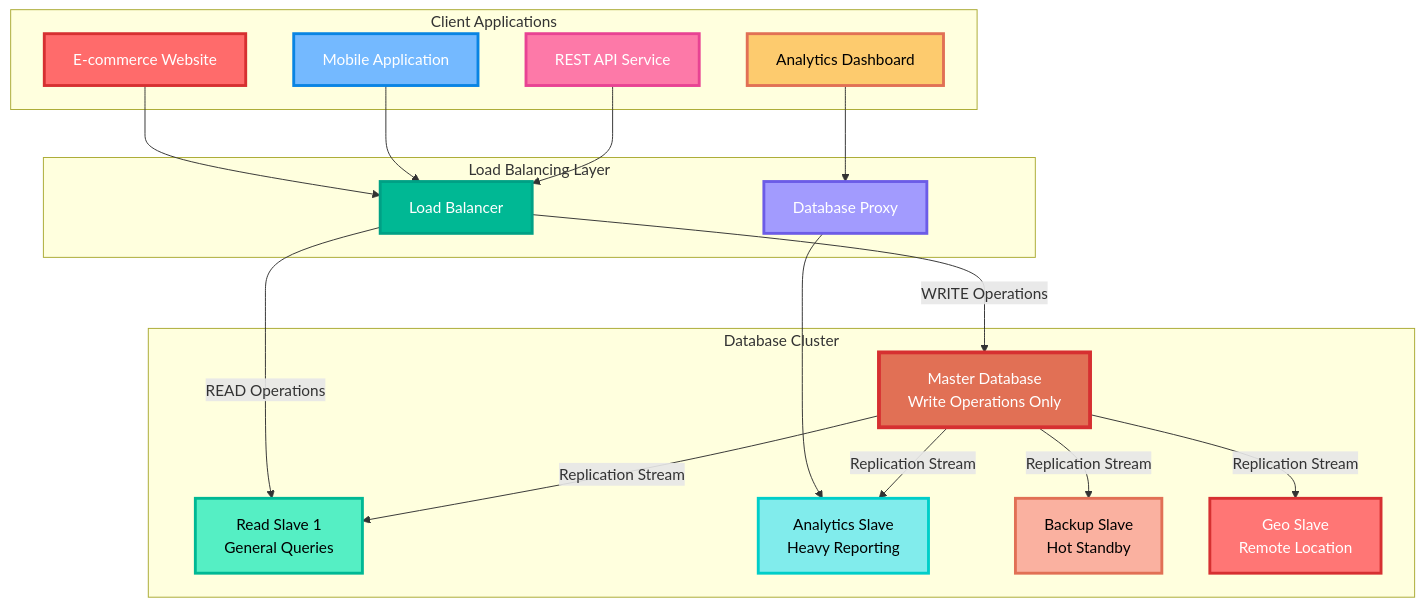
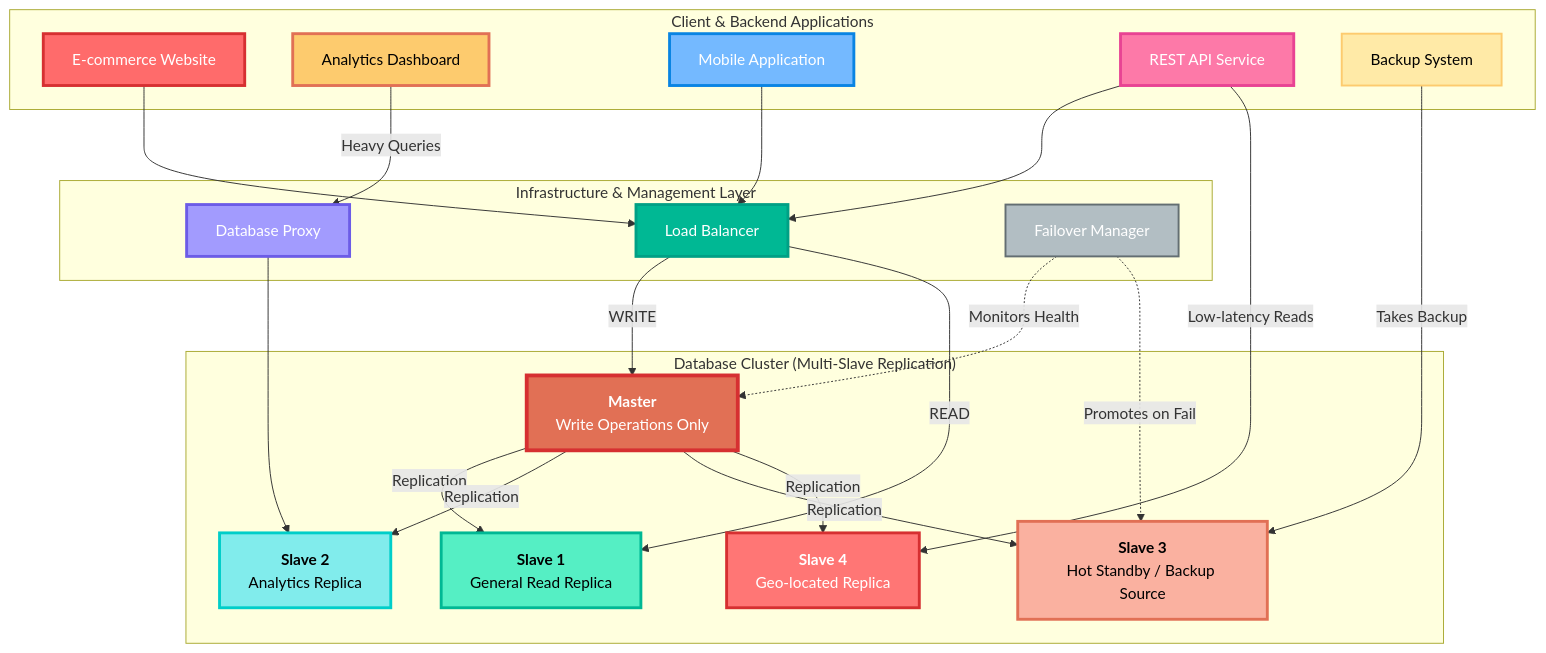
One commit to ngockhanhvd2812/DBA changed the fifth of 7 diagrams in master_slave.md. Above: the diagram before and after it, drawn with Mermaid. The commit also changed other lines of this file, not shown here.

````diff
--- a/master_slave.md
+++ b/master_slave.md
@@ -295,50 +285,60 @@
 ```mermaid
 flowchart TD
-    subgraph "Client Applications"
+    subgraph "Client & Backend Applications"
         WebApp[E-commerce Website]
         Analytics[Analytics Dashboard]
         Mobile[Mobile Application]
         API[REST API Service]
+        BackupSys[Backup System]
     end
     
-    subgraph "Load Balancing Layer"
+    subgraph "Infrastructure & Management Layer"
         LB[Load Balancer]
         Proxy[Database Proxy]
+        FailoverMgr[Failover Manager]
     end
 
-    subgraph "Database Cluster"
-        Master[Master Database<br/>Write Operations Only]
-        Slave1[Read Slave 1<br/>General Queries]
-        Slave2[Analytics Slave<br/>Heavy Reporting]
-        Slave3[Backup Slave<br/>Hot Standby]
-        Slave4[Geo Slave<br/>Remote Location]
+    subgraph "Database Cluster (Multi-Slave Replication)"
+        Master[<b>Master</b><br/>Write Operations Only]
+        Slave1[<b>Slave 1</b><br/>General Read Replica]
+        Slave2[<b>Slave 2</b><br/>Analytics Replica]
+        Slave3[<b>Slave 3</b><br/>Hot Standby / Backup Source]
+        Slave4[<b>Slave 4</b><br/>Geo-located Replica]
     end
 
+    %% --- Client Access & Routing Flow ---
     WebApp --> LB
     Mobile --> LB
     API --> LB
-    Analytics --> Proxy
-    Proxy --> Slave2
+    Analytics -->|Heavy Queries| Proxy --> Slave2
+    API -->|Low-latency Reads| Slave4 
+    BackupSys -->|Takes Backup| Slave3
 
-    LB -->|WRITE Operations| Master
-    LB -->|READ Operations| Slave1
+    %% --- Load Balancer Logic ---
+    LB -->|WRITE| Master
+    LB -->|READ| Slave1
 
-    Master -->|Replication Stream| Slave1
-    Master -->|Replication Stream| Slave2
-    Master -->|Replication Stream| Slave3
-    Master -->|Replication Stream| Slave4
+    %% --- High Availability & Replication Flow ---
+    FailoverMgr -.->| Monitors Health| Master
+    FailoverMgr -.->|Promotes on Fail| Slave3
+    Master -->|Replication| Slave1
+    Master -->|Replication| Slave2
+    Master -->|Replication| Slave3
+    Master -->|Replication| Slave4
 
-    %% Styling với nhiều màu sắc
+    %% --- Styling ---
+    style BackupSys fill:#ffeaa7,stroke:#fdcb6e,stroke-width:2px,color:black
+    style FailoverMgr fill:#b2bec3,stroke:#636e72,stroke-width:2px,color:white
     style WebApp fill:#ff6b6b,stroke:#d63031,stroke-width:3px,color:white
     style Mobile fill:#74b9ff,stroke:#0984e3,stroke-width:3px,color:white
     style API fill:#fd79a8,stroke:#e84393,stroke-width:3px,color:white
     style Analytics fill:#fdcb6e,stroke:#e17055,stroke-width:3px,color:black
     style LB fill:#00b894,stroke:#00a085,stroke-width:3px,color:white
     style Proxy fill:#a29bfe,stroke:#6c5ce7,stroke-width:3px,color:white
     style Master fill:#e17055,stroke:#d63031,stroke-width:4px,color:white
     style Slave1 fill:#55efc4,stroke:#00b894,stroke-width:3px,color:black
     style Slave2 fill:#81ecec,stroke:#00cec9,stroke-width:3px,color:black
     style Slave3 fill:#fab1a0,stroke:#e17055,stroke-width:3px,color:black
     style Slave4 fill:#ff7675,stroke:#d63031,stroke-width:3px,color:white
 
 ```
````
